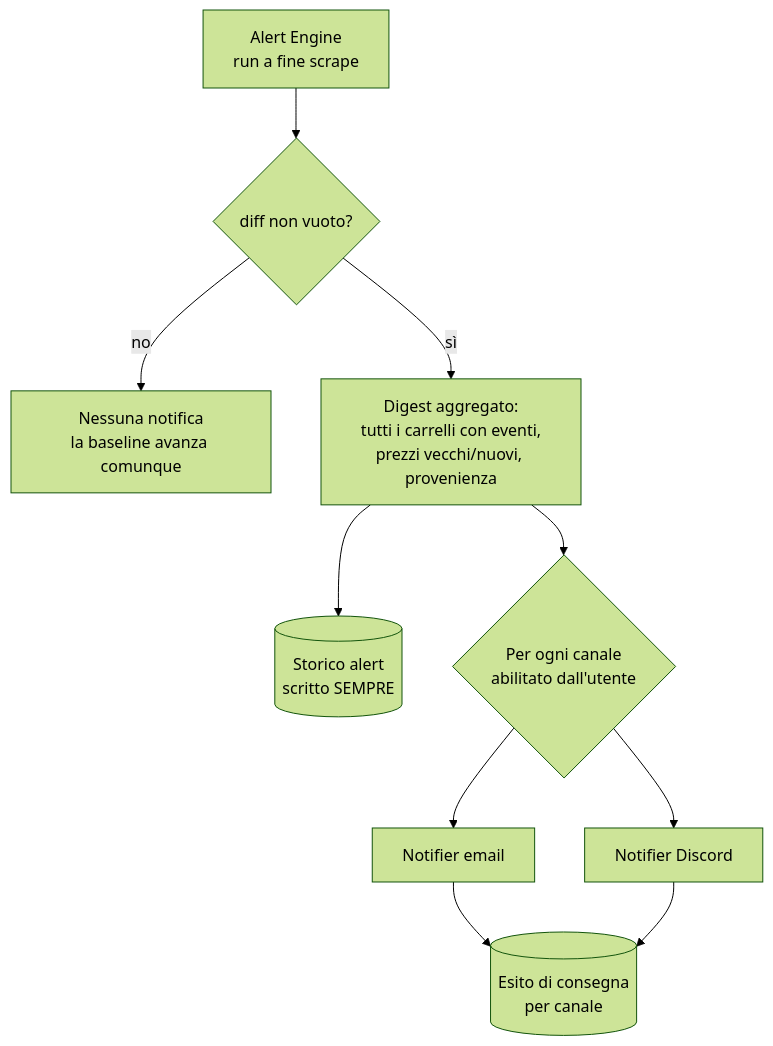
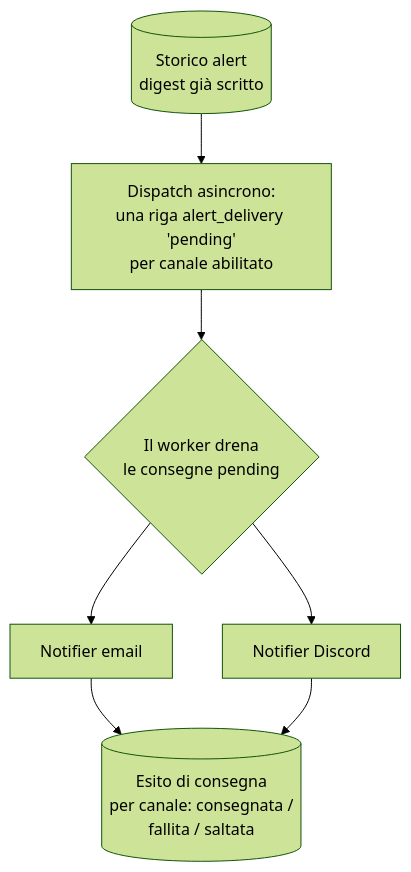
Before and after one commit to caporalesimone/watch-em-all: the diagram in docs-ita/2-architecture/notification-architecture.md, drawn with Mermaid (forest theme). The commit also changed other lines of this file and 19 other files, not shown here.

````diff
--- a/docs-ita/2-architecture/notification-architecture.md
+++ b/docs-ita/2-architecture/notification-architecture.md
@@ -33,11 +11,8 @@
 ```mermaid
 flowchart TD
-    AE[Alert Engine<br/>run a fine scrape] --> D{diff non vuoto?}
-    D -- no --> END[Nessuna notifica<br/>la baseline avanza comunque]
-    D -- sì --> DIG[Digest aggregato:<br/>tutti i carrelli con eventi,<br/>prezzi vecchi/nuovi, provenienza]
-    DIG --> LOG[(Storico alert<br/>scritto SEMPRE)]
-    DIG --> CH{Per ogni canale<br/>abilitato dall'utente}
+    LOG[(Storico alert<br/>digest già scritto)] --> DISP[Dispatch asincrono:<br/>una riga alert_delivery 'pending'<br/>per canale abilitato]
+    DISP --> CH{Il worker drena<br/>le consegne pending}
     CH --> N1[Notifier email]
     CH --> N2[Notifier Discord]
-    N1 & N2 --> REC[(Esito di consegna<br/>per canale)]
+    N1 & N2 --> REC[(Esito di consegna<br/>per canale: consegnata /<br/>fallita / saltata)]
 ```
````
